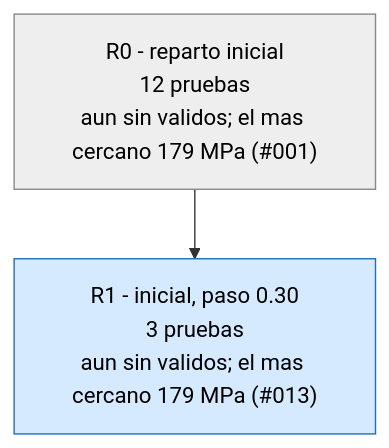
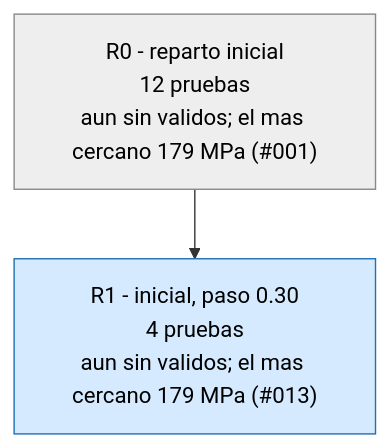
One commit to Hugiko/msd-soporte-optimizacion changed the second of 3 diagrams in runs/opt_37800N/ARBOL.md. Above: the diagram before and after it, drawn with Mermaid. The commit also changed 14 other files, not shown here.

````diff
--- a/runs/opt_37800N/ARBOL.md
+++ b/runs/opt_37800N/ARBOL.md
@@ -21,9 +21,9 @@
 ```mermaid
 graph TD
 classDef activa fill:#d6eaff,stroke:#1f6fb5,color:#000
 classDef fin fill:#eeeeee,stroke:#888,color:#000
 classDef mejor fill:#c8f0c0,stroke:#1a9850,stroke-width:4px,color:#000
 R0["R0 - reparto inicial<br/>12 pruebas<br/>aun sin validos; el mas cercano 179 MPa (#001)"]:::fin
-R1["R1 - inicial, paso 0.30<br/>3 pruebas<br/>aun sin validos; el mas cercano 179 MPa (#013)"]:::activa
+R1["R1 - inicial, paso 0.30<br/>4 pruebas<br/>aun sin validos; el mas cercano 179 MPa (#013)"]:::activa
 R0 --> R1
 ```
````
